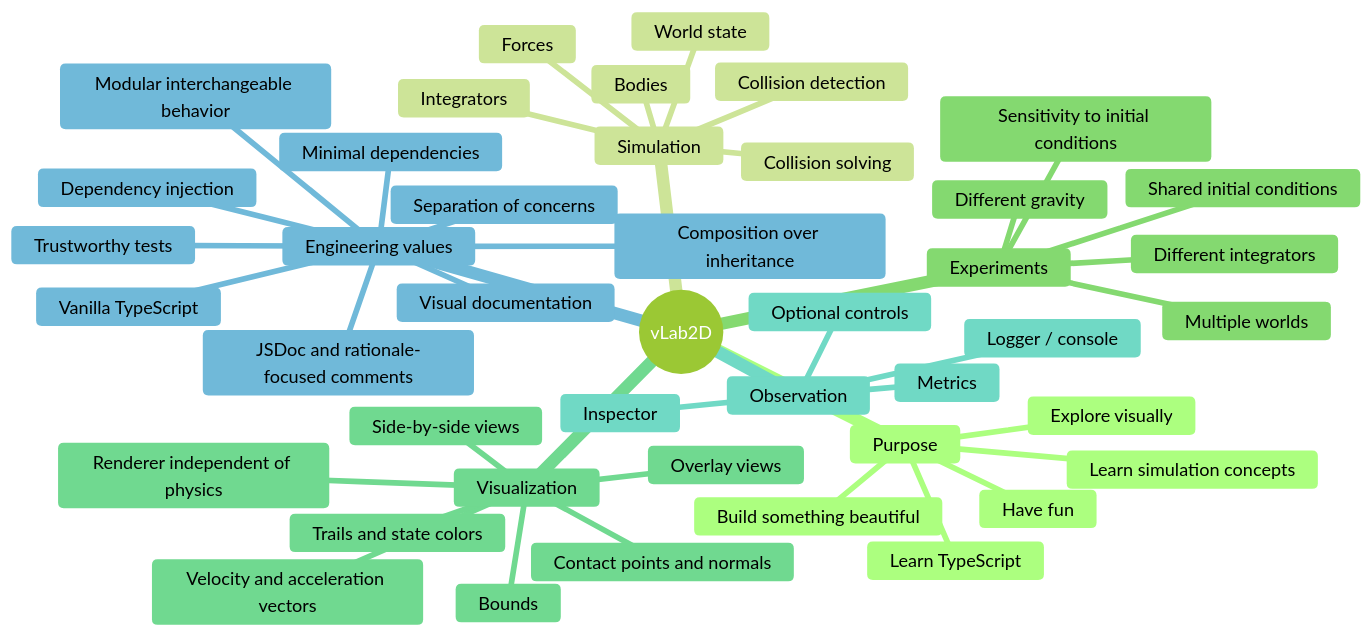
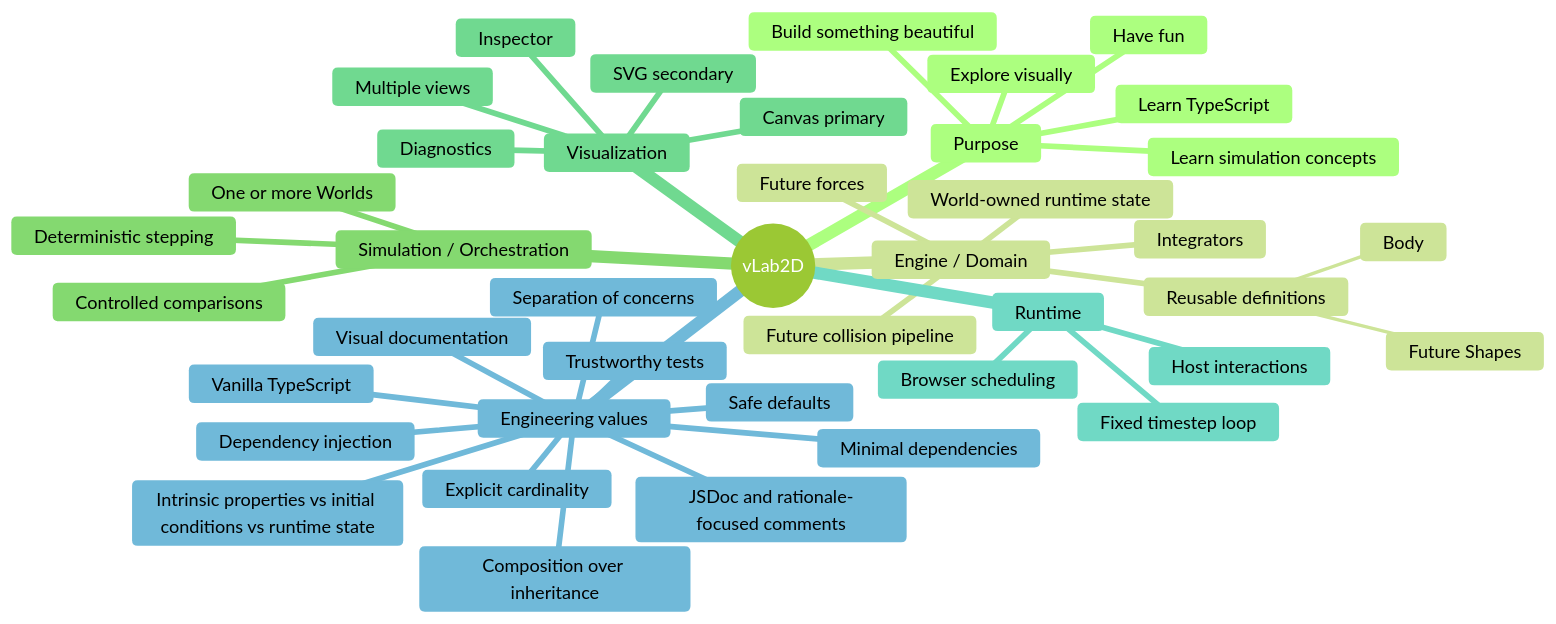
Before and after one commit to fa-ribeiro/vLab2D: the first of 7 diagrams in docs/project/project-map.md, drawn with Mermaid (forest theme). The commit also changed other lines of this file and 6 other files, not shown here.

Commit message:
docs(project): record architecture roadmap

````diff
--- a/docs/project/project-map.md
+++ b/docs/project/project-map.md
@@ -7,46 +7,44 @@
 ```mermaid
 mindmap
   root((vLab2D))
     Purpose
       Learn TypeScript
       Learn simulation concepts
       Have fun
       Build something beautiful
       Explore visually
-    Simulation
-      World state
-      Bodies
-      Forces
+    Engine / Domain
+      Reusable definitions
+        Body
+        Future Shapes
+      World-owned runtime state
       Integrators
-      Collision detection
-      Collision solving
-    Experiments
-      Multiple worlds
-      Shared initial conditions
-      Different gravity
-      Different integrators
-      Sensitivity to initial conditions
+      Future forces
+      Future collision pipeline
+    Simulation / Orchestration
+      One or more Worlds
+      Deterministic stepping
+      Controlled comparisons
     Visualization
-      Renderer independent of physics
-      Velocity and acceleration vectors
-      Bounds
-      Contact points and normals
-      Trails and state colors
-      Side-by-side views
-      Overlay views
-    Observation
-      Optional controls
+      Canvas primary
+      SVG secondary
       Inspector
-      Logger / console
-      Metrics
+      Diagnostics
+      Multiple views
+    Runtime
+      Browser scheduling
+      Fixed timestep loop
+      Host interactions
     Engineering values
+      Intrinsic properties vs initial conditions vs runtime state
+      Safe defaults
+      Explicit cardinality
       Vanilla TypeScript
       Minimal dependencies
       Separation of concerns
       Dependency injection
       Composition over inheritance
-      Modular interchangeable behavior
       JSDoc and rationale-focused comments
       Trustworthy tests
       Visual documentation
 ```
````
